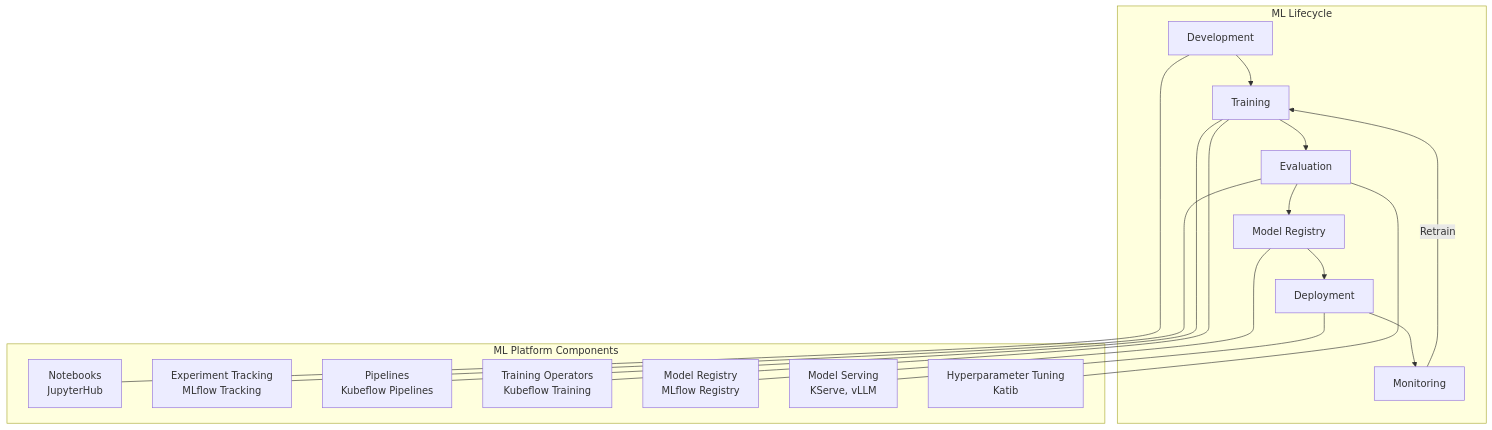
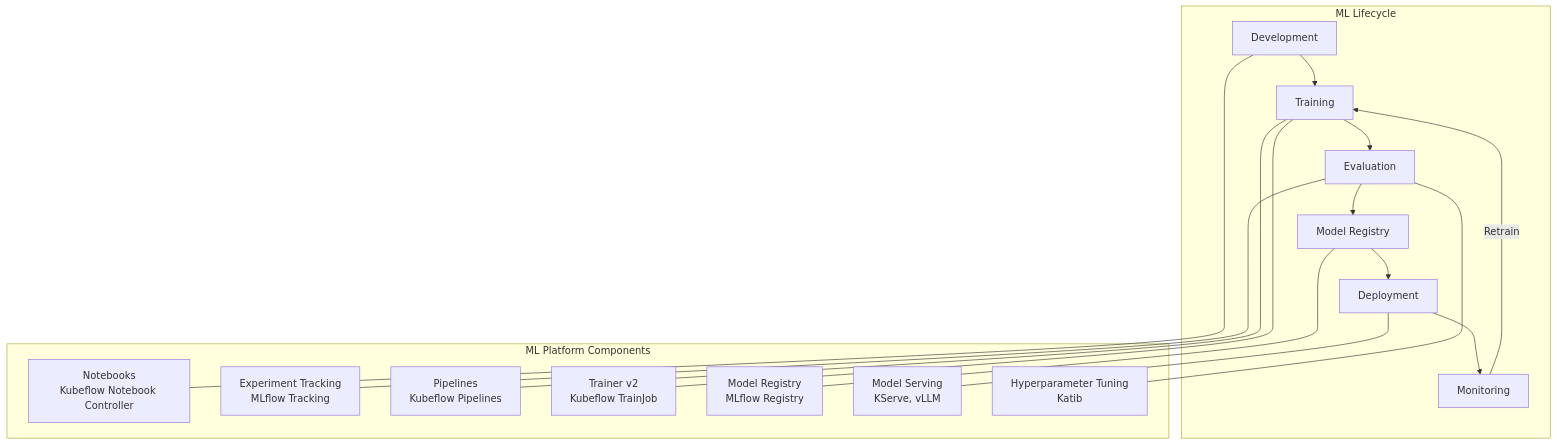
One commit to Mirantis-PS/k0rdent-ai-training changed the first of 9 diagrams in curriculum/week-5-ai-workloads/theory/5.5-ml-platforms.md. Above: the diagram before and after it, drawn with Mermaid. The commit also changed other lines of this file and 66 other files, not shown here.

````diff
--- a/curriculum/week-5-ai-workloads/theory/5.5-ml-platforms.md
+++ b/curriculum/week-5-ai-workloads/theory/5.5-ml-platforms.md
@@ -24,27 +24,27 @@
 ```mermaid
 flowchart TB
     subgraph "ML Lifecycle"
         DEV[Development] --> TRAIN[Training]
         TRAIN --> EVAL[Evaluation]
         EVAL --> REG[Model Registry]
         REG --> DEPLOY[Deployment]
         DEPLOY --> MONITOR[Monitoring]
         MONITOR -->|Retrain| TRAIN
     end
 
     subgraph "ML Platform Components"
-        NB[Notebooks<br/>JupyterHub]
+        NB[Notebooks<br/>Kubeflow Notebook Controller]
         EXP[Experiment Tracking<br/>MLflow Tracking]
         PIPE[Pipelines<br/>Kubeflow Pipelines]
-        TRAIN_OP[Training Operators<br/>Kubeflow Training]
+        TRAIN_OP[Trainer v2<br/>Kubeflow TrainJob]
         MR[Model Registry<br/>MLflow Registry]
         SERVE[Model Serving<br/>KServe, vLLM]
         HP[Hyperparameter Tuning<br/>Katib]
     end
 
     DEV --- NB
     TRAIN --- PIPE & TRAIN_OP
     EVAL --- EXP & HP
     REG --- MR
     DEPLOY --- SERVE
 ```
````
